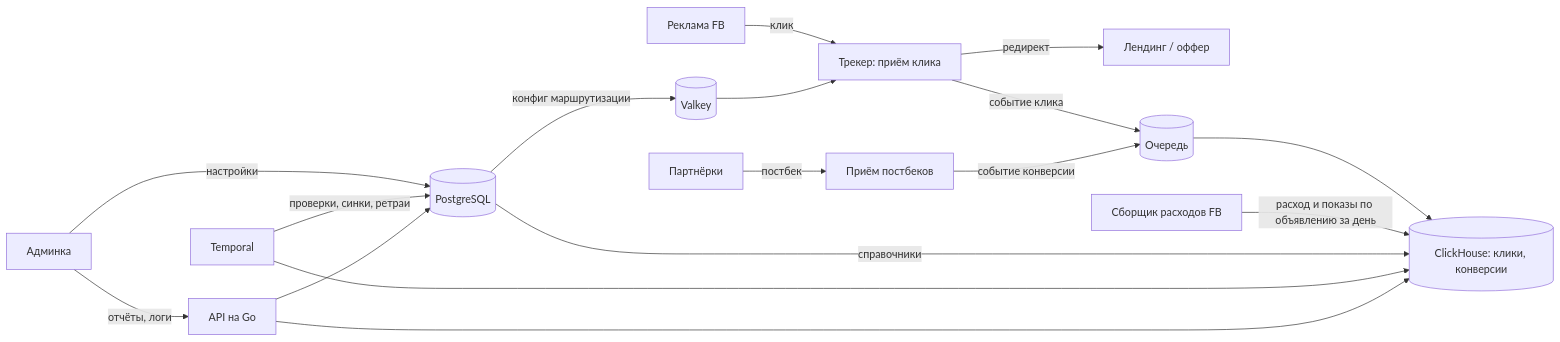
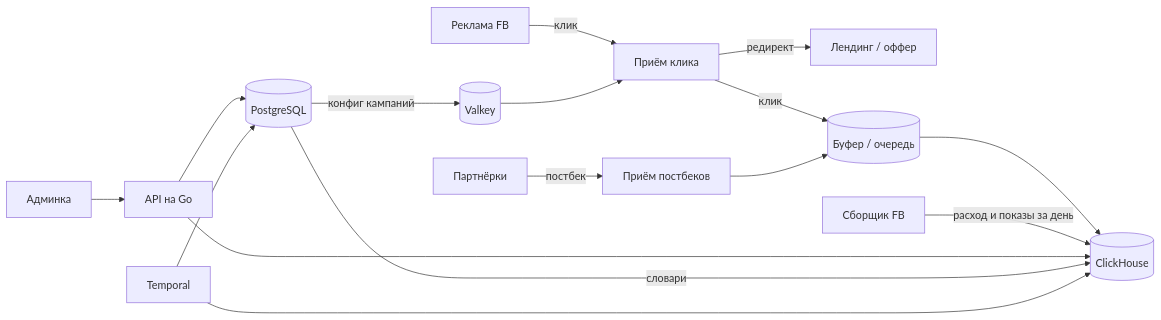
The diagram in docs/data-architecture.md (slilbudget/tracker-ui), drawn with Mermaid before and after one commit. The commit also changed other lines of this file and 17 other files, not shown here.

````diff
--- a/docs/data-architecture.md
+++ b/docs/data-architecture.md
@@ -18,19 +7,18 @@
 ```mermaid
 flowchart LR
-  FB[Реклама FB] -->|клик| EDGE[Трекер: приём клика]
+  FB[Реклама FB] -->|клик| EDGE[Приём клика]
   EDGE -->|редирект| LP[Лендинг / оффер]
-  EDGE -->|событие клика| Q[(Очередь)]
+  EDGE -->|клик| BUF[(Буфер / очередь)]
   PN[Партнёрки] -->|постбек| PB[Приём постбеков]
-  PB -->|событие конверсии| Q
-  Q --> CH[(ClickHouse: клики, конверсии)]
-  COL[Сборщик расходов FB] -->|расход и показы по объявлению за день| CH
-  ADM[Админка] -->|настройки| PG[(PostgreSQL)]
-  PG -->|справочники| CH
-  PG -->|конфиг маршрутизации| VK[(Valkey)]
+  PB --> BUF
+  BUF --> CH[(ClickHouse)]
+  COL[Сборщик FB] -->|расход и показы за день| CH
+  ADM[Админка] --> API[API на Go]
+  API --> PG[(PostgreSQL)]
+  API --> CH
+  PG -->|словари| CH
+  PG -->|конфиг кампаний| VK[(Valkey)]
   VK --> EDGE
-  TMP[Temporal] -->|проверки, синки, ретраи| PG
+  TMP[Temporal] --> PG
   TMP --> CH
-  ADM -->|отчёты, логи| API[API на Go]
-  API --> CH
-  API --> PG
 ```
````
